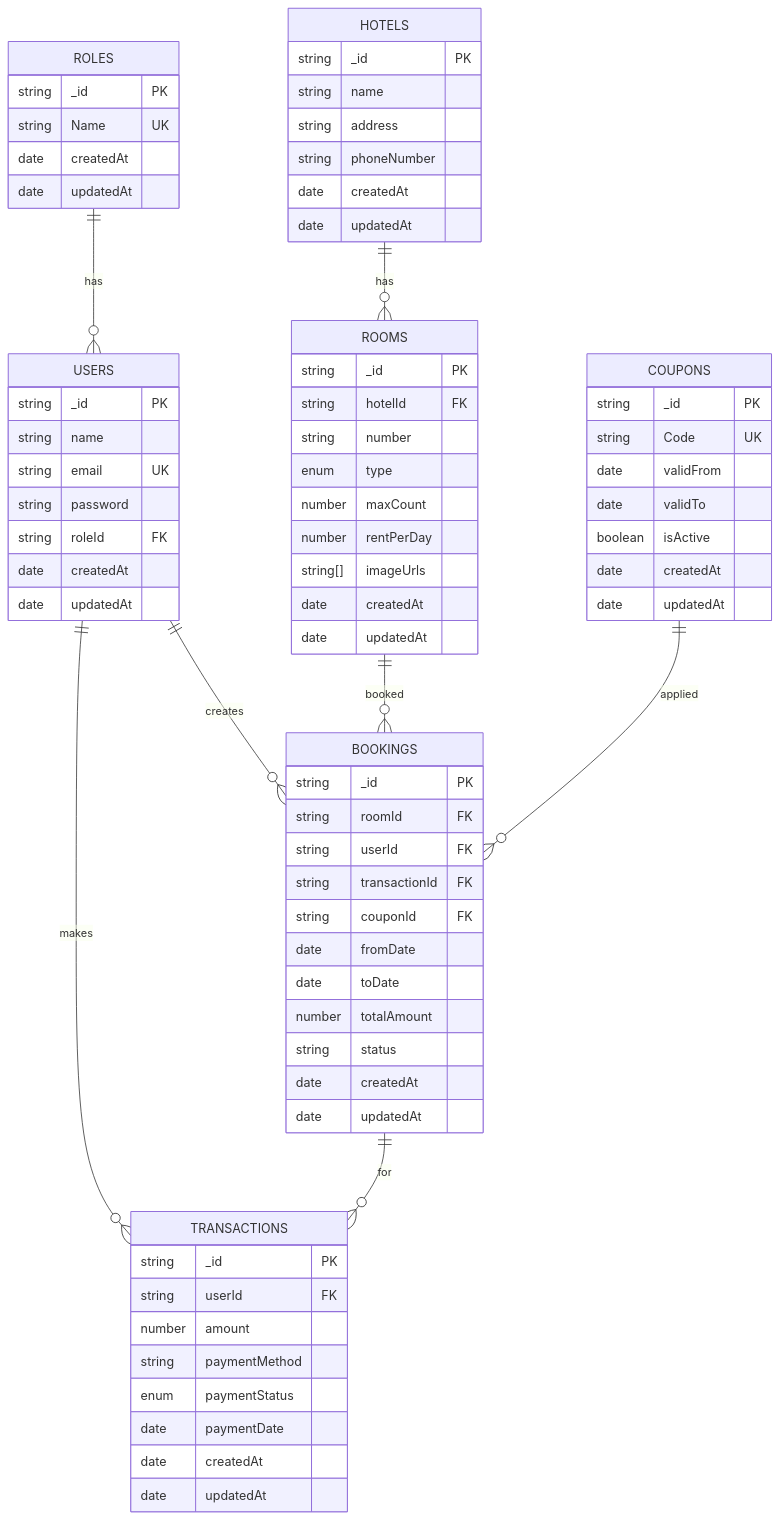
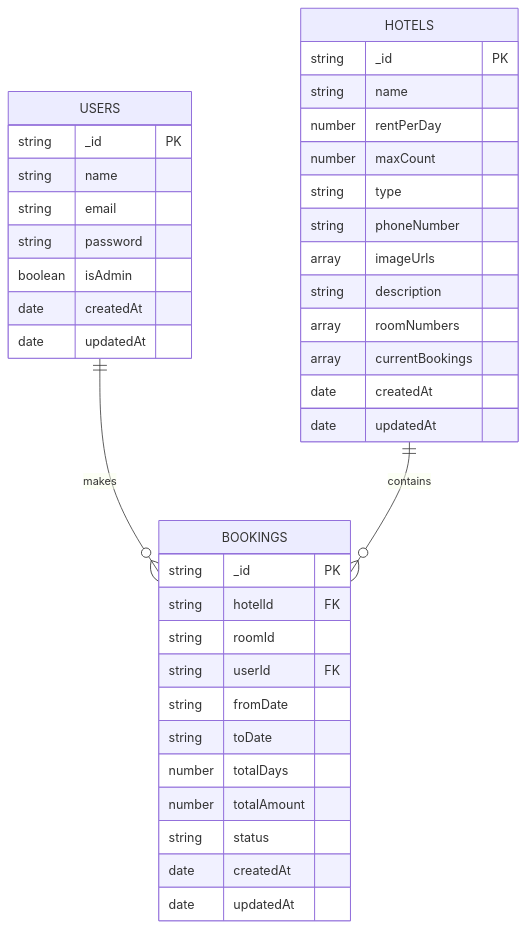
Before and after one commit to Khush-GKMIT/Hotel-Management-System-Docs: the diagram in docs/Data-Modelling.md, drawn with Mermaid. The commit also changed other lines of this file and 8 other files, not shown here.

````diff
--- a/docs/Data-Modelling.md
+++ b/docs/Data-Modelling.md
@@ -11,81 +9,44 @@
 ```mermaid
----
-config:
-  layout: dagre
----
 erDiagram
-ROLES {
-string _id PK 
-string Name UK 
-date createdAt
-date updatedAt
-}
-USERS {
-string _id PK 
-string name
-string email UK 
-string password
-string roleId FK 
-date createdAt
-date updatedAt
-}
-HOTELS {
-string _id PK 
-string name 
-string address
-string phoneNumber
-date createdAt
-date updatedAt
-}
-ROOMS {
-string _id PK 
-string hotelId FK
-string number
-enum type 
-number maxCount
-number rentPerDay 
-string[] imageUrls
-date createdAt
-date updatedAt
-}
-COUPONS {
-string _id PK 
-string Code UK 
-date validFrom
-date validTo
-boolean isActive 
-date createdAt
-date updatedAt
-}
-TRANSACTIONS {
-string _id PK 
-string userId FK
-number amount
-string paymentMethod
-enum paymentStatus 
-date paymentDate
-date createdAt
-date updatedAt
-}
-BOOKINGS {
-string _id PK 
-string roomId FK
-string userId FK
-string transactionId FK 
-string couponId FK 
-date fromDate 
-date toDate 
-number totalAmount
-string status 
-date createdAt
-date updatedAt
-}
-ROLES ||--o{ USERS : "has"
-USERS ||--o{ TRANSACTIONS : "makes"
-USERS ||--o{ BOOKINGS : "creates"
-HOTELS ||--o{ ROOMS : "has"
-ROOMS ||--o{ BOOKINGS : "booked"
-BOOKINGS ||--o{ TRANSACTIONS : "for"
-COUPONS ||--o{ BOOKINGS : "applied"
+    USERS ||--o{ BOOKINGS : "makes"
+    HOTELS ||--o{ BOOKINGS : "contains"
 
+    USERS {
+        string _id PK
+        string name
+        string email
+        string password
+        boolean isAdmin
+        date createdAt
+        date updatedAt
+    }
+
+    HOTELS {
+        string _id PK
+        string name
+        number rentPerDay
+        number maxCount
+        string type
+        string phoneNumber
+        array imageUrls
+        string description
+        array roomNumbers
+        array currentBookings
+        date createdAt
+        date updatedAt
+    }
+
+    BOOKINGS {
+        string _id PK
+        string hotelId FK
+        string roomId
+        string userId FK
+        string fromDate
+        string toDate
+        number totalDays
+        number totalAmount
+        string status
+        date createdAt
+        date updatedAt
+    }
 ```
````
